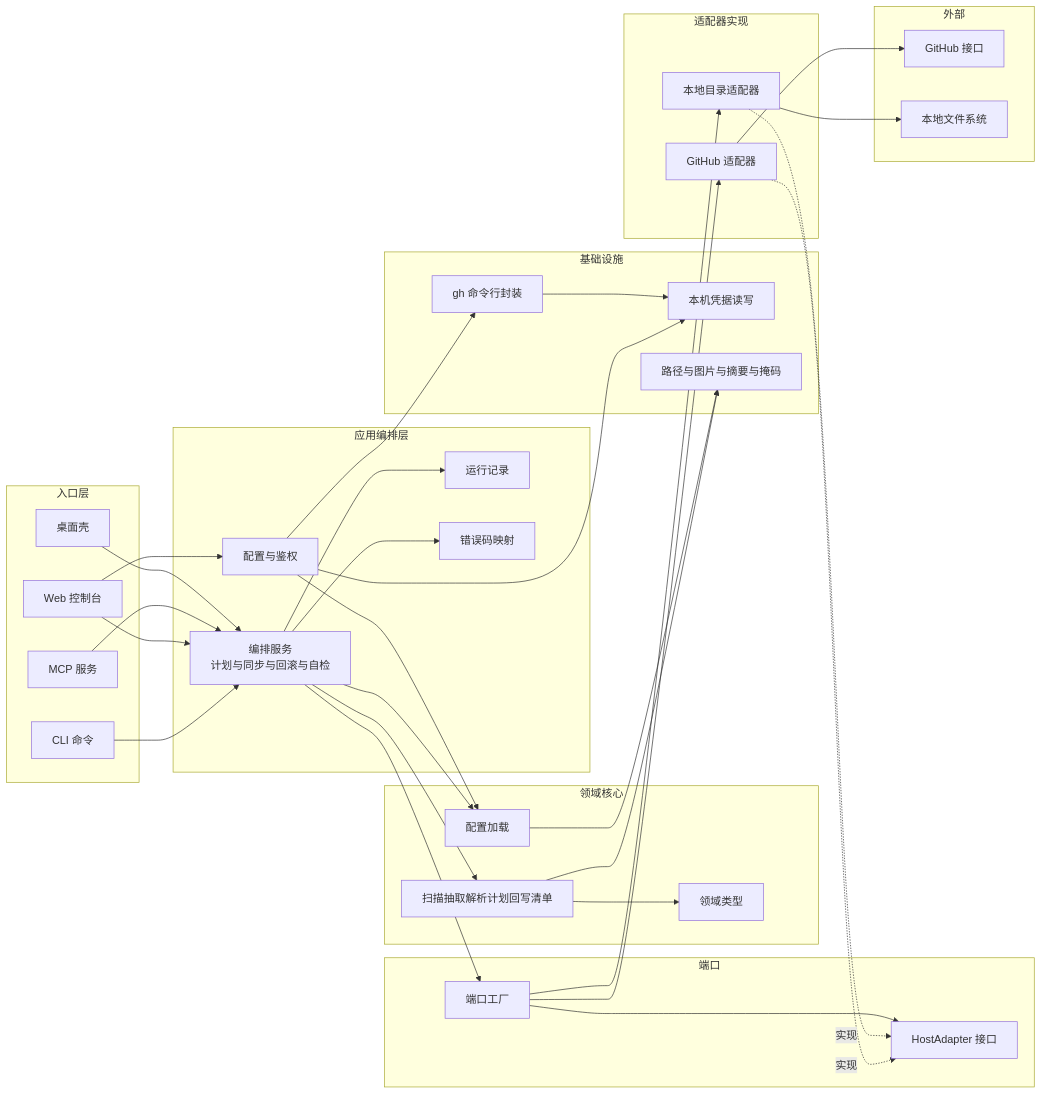
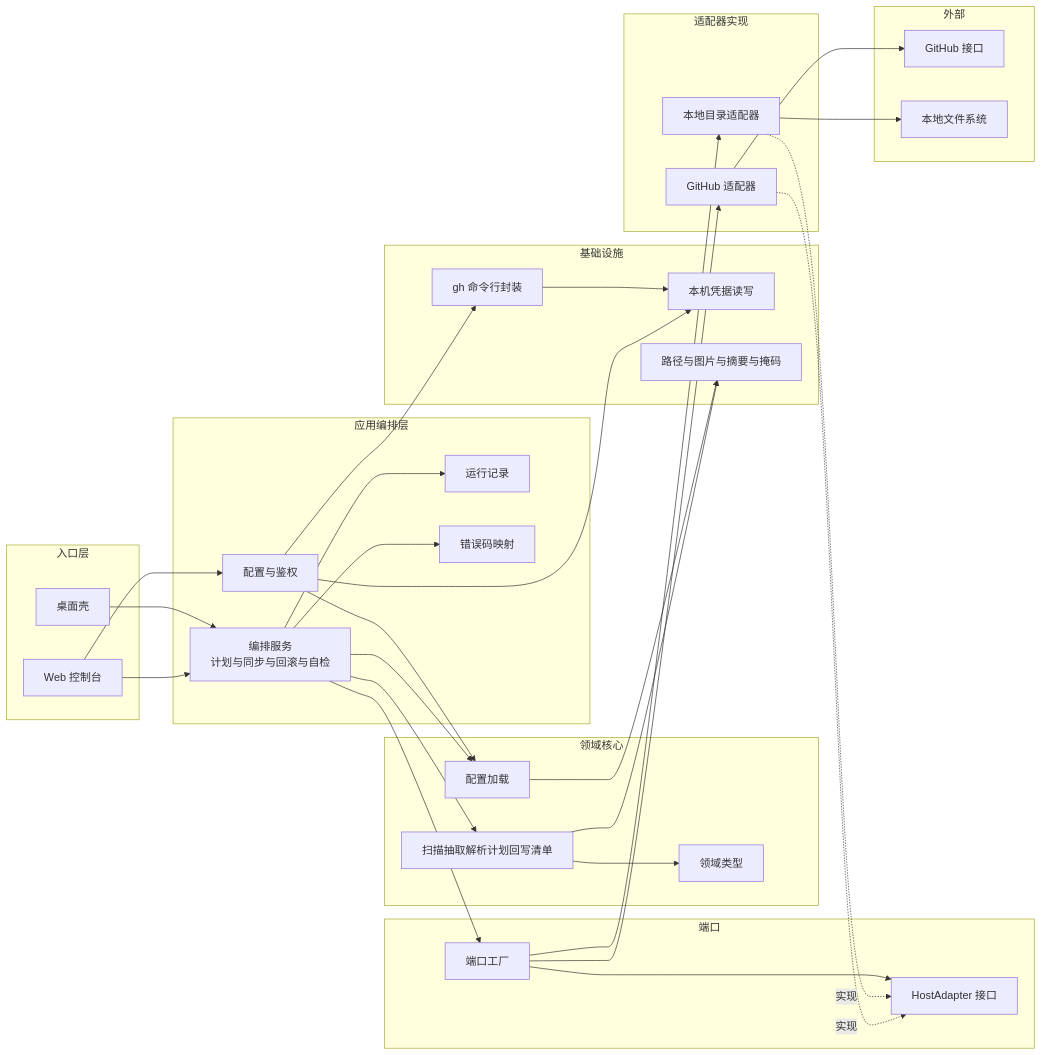
The diagram in docs/architecture.md (Aermberry/picture_bed), drawn with Mermaid before and after one commit. The commit also changed other lines of this file and 10 other files, not shown here.

First line of the commit message:
docs(design): F25/F26 与 Electron 单形态同步（统计重设计 + 侧栏五视图口径）

````diff
--- a/docs/architecture.md
+++ b/docs/architecture.md
@@ -358,72 +343,68 @@
 ```mermaid
 flowchart LR
     subgraph 入口层
-        CLI[CLI 命令]
         WEB[Web 控制台]
-        MCP[MCP 服务]
         DESK[桌面壳]
     end
 
     subgraph 应用编排层
         APP[编排服务<br/>计划与同步与回滚与自检]
         AUTH[配置与鉴权]
         RS[运行记录]
         ERR[错误码映射]
     end
 
     subgraph 领域核心
         DOMAIN[扫描抽取解析计划回写清单]
         CFG[配置加载]
         TY[领域类型]
     end
 
     subgraph 端口
         HA[HostAdapter 接口]
         HF[端口工厂]
     end
 
     subgraph 基础设施
         GHC[gh 命令行封装]
         UT[本机凭据读写]
         LIB[路径与图片与摘要与掩码]
     end
 
     subgraph 适配器实现
         GHAD[GitHub 适配器]
         LCAD[本地目录适配器]
     end
 
     subgraph 外部
         API[GitHub 接口]
         FSX[本地文件系统]
     end
 
-    CLI --> APP
     WEB --> APP
     WEB --> AUTH
-    MCP --> APP
     DESK --> APP
 
     APP --> DOMAIN
     APP --> CFG
     APP --> RS
     APP --> ERR
     APP --> HF
     AUTH --> CFG
     AUTH --> GHC
     AUTH --> UT
 
     DOMAIN --> TY
     DOMAIN --> LIB
     CFG --> LIB
 
     GHAD -.->|实现| HA
     LCAD -.->|实现| HA
     HF --> HA
     HF --> GHAD
     HF --> LCAD
 
     GHAD --> API
     LCAD --> FSX
     GHC --> UT
 ```
````
